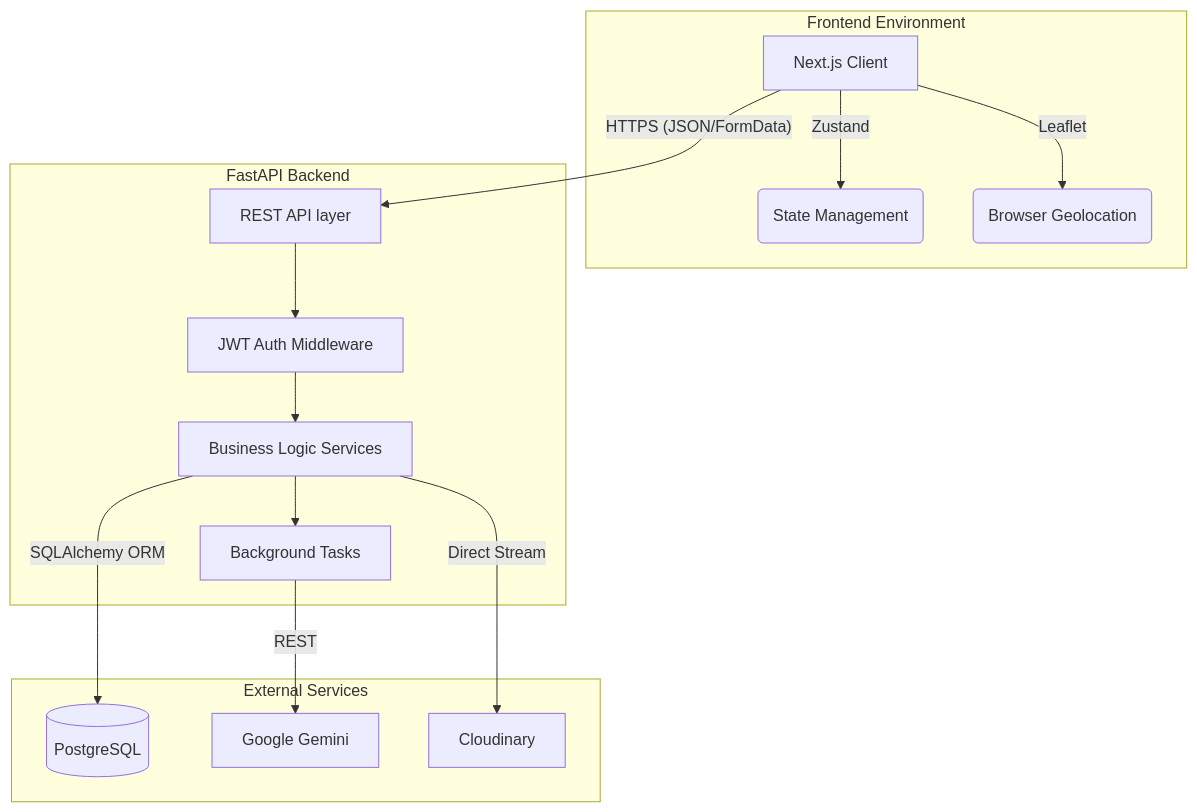
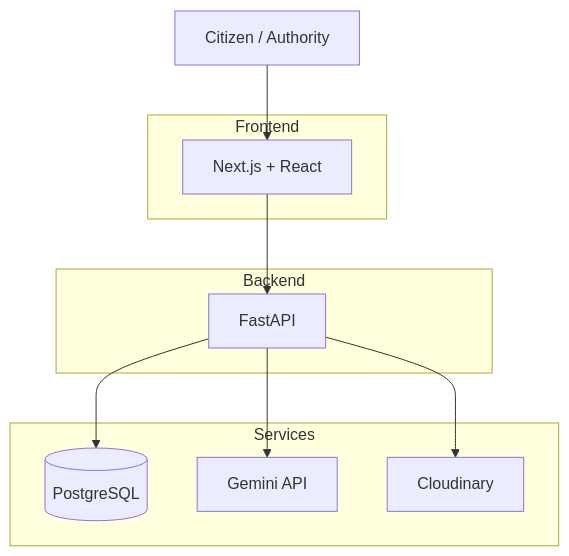
The first of 2 diagrams in README.md (vallurivaishali/RoadSOSPlus), drawn with Mermaid before and after one commit. The commit also changed other lines of this file, not shown here.

````diff
--- a/README.md
+++ b/README.md
@@ -124,31 +178,20 @@
-```mermaid
-graph TD
-    Client[Next.js Client]
-    
-    subgraph Frontend [Frontend Environment]
-        Client -->|Zustand| State(State Management)
-        Client -->|Leaflet| Maps(Browser Geolocation)
-    end
-    
-    subgraph Backend [FastAPI Backend]
-        API[REST API layer]
-        Auth[JWT Auth Middleware]
-        Services[Business Logic Services]
-        Tasks[Background Tasks]
-        
-        API --> Auth
-        Auth --> Services
-        Services --> Tasks
-    end
-    
-    subgraph External [External Services]
-        DB[(PostgreSQL)]
-        AI[Google Gemini]
-        CDN[Cloudinary]
-    end
-    
-    Client -- "HTTPS (JSON/FormData)" --> API
-    Services -- "SQLAlchemy ORM" --> DB
-    Tasks -- "REST" --> AI
-    Services -- "Direct Stream" --> CDN
+``` mermaid
+flowchart TD
+User[Citizen / Authority]
+subgraph Frontend
+FE[Next.js + React]
+end
+subgraph Backend
+API[FastAPI]
+end
+subgraph Services
+DB[(PostgreSQL)]
+AI[Gemini API]
+IMG[Cloudinary]
+end
+User --> FE
+FE --> API
+API --> DB
+API --> AI
+API --> IMG
 ```
````
